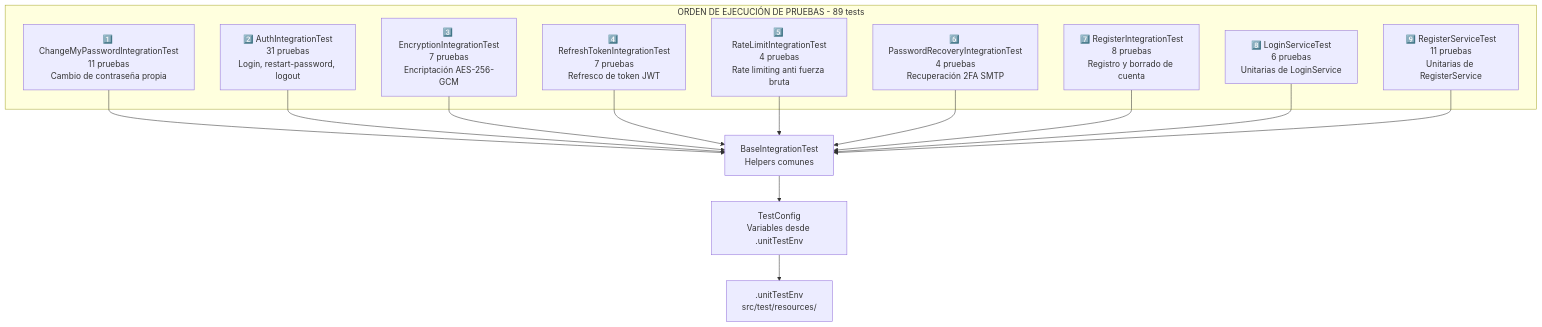
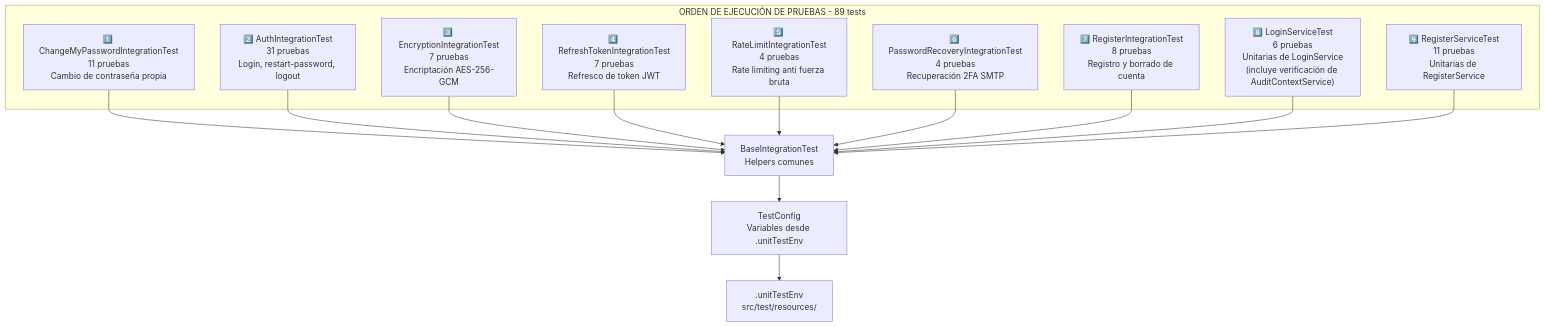
Before and after one commit to 42mrnobody42-alt/investment-tracker: diagram 14 of 14 in README.md, drawn with Mermaid. The commit also changed other lines of this file and 1 other file, not shown here.

````diff
--- a/README.md
+++ b/README.md
@@ -640,27 +726,27 @@
 ```mermaid
 graph TB
     subgraph "ORDEN DE EJECUCIÓN DE PRUEBAS - 89 tests"
         A["1️⃣ ChangeMyPasswordIntegrationTest<br/>11 pruebas<br/>Cambio de contraseña propia"]
         B["2️⃣ AuthIntegrationTest<br/>31 pruebas<br/>Login, restart-password, logout"]
         C["3️⃣ EncryptionIntegrationTest<br/>7 pruebas<br/>Encriptación AES-256-GCM"]
         D["4️⃣ RefreshTokenIntegrationTest<br/>7 pruebas<br/>Refresco de token JWT"]
         E["5️⃣ RateLimitIntegrationTest<br/>4 pruebas<br/>Rate limiting anti fuerza bruta"]
         F["6️⃣ PasswordRecoveryIntegrationTest<br/>4 pruebas<br/>Recuperación 2FA SMTP"]
         G["7️⃣ RegisterIntegrationTest<br/>8 pruebas<br/>Registro y borrado de cuenta"]
-        H["8️⃣ LoginServiceTest<br/>6 pruebas<br/>Unitarias de LoginService"]
+        H["8️⃣ LoginServiceTest<br/>6 pruebas<br/>Unitarias de LoginService<br/>(incluye verificación de AuditContextService)"]
         I["9️⃣ RegisterServiceTest<br/>11 pruebas<br/>Unitarias de RegisterService"]
     end
 
     A --> J["BaseIntegrationTest<br/>Helpers comunes"]
     B --> J
     C --> J
     D --> J
     E --> J
     F --> J
     G --> J
     H --> J
     I --> J
 
     J --> K["TestConfig<br/>Variables desde .unitTestEnv"]
     K --> L[".unitTestEnv<br/>src/test/resources/"]
 ```
````
